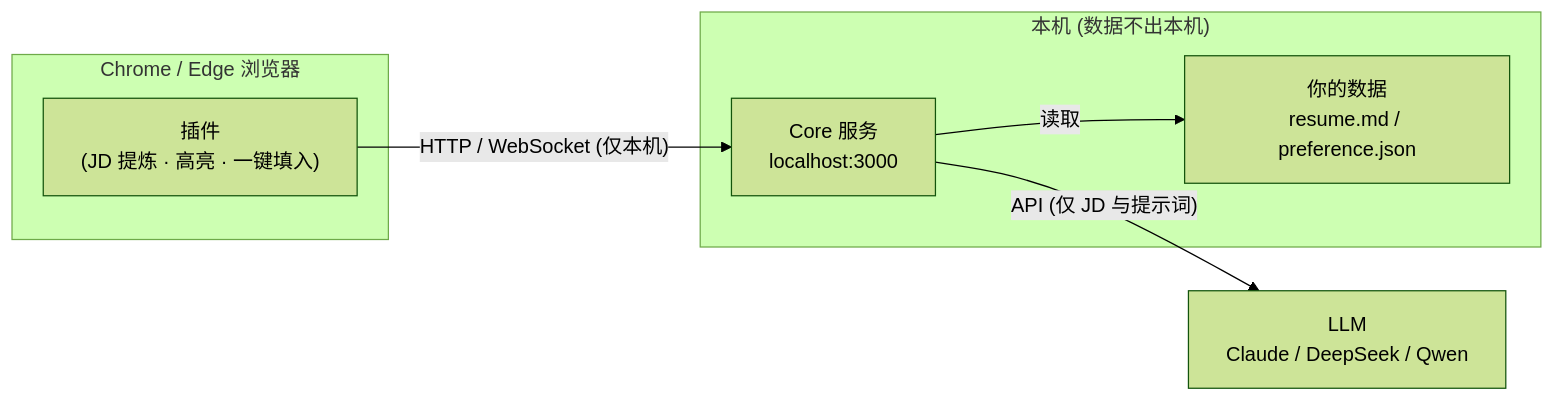
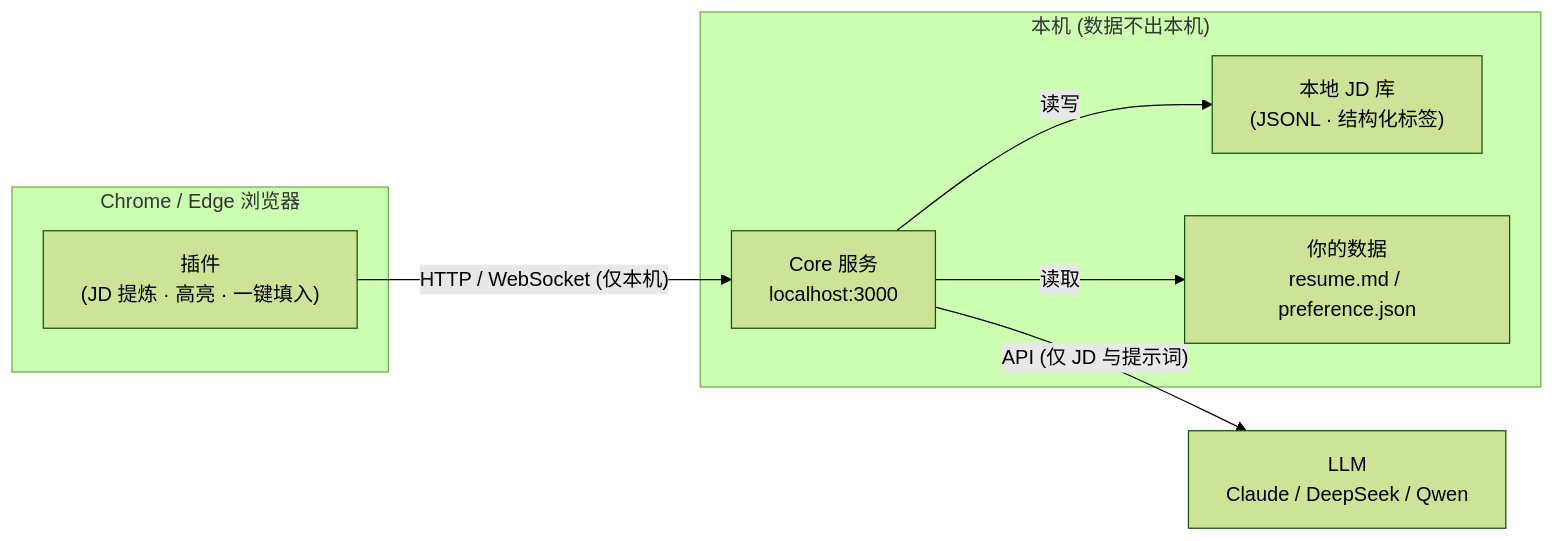
One commit to xxwj225-James/tomi-job-hunt changed the diagram in README.md. Above: the diagram before and after it, drawn with Mermaid (forest theme). The commit also changed other lines of this file and 15 other files, not shown here.

First line of the commit message:
feat: data foundation — unified JD schema, local store, LLM tagging, sanitize pipeline

````diff
--- a/README.md
+++ b/README.md
@@ -22,17 +25,19 @@
 ```mermaid
 flowchart LR
     subgraph Browser["Chrome / Edge 浏览器"]
         Ext["插件<br/>(JD 提炼 · 高亮 · 一键填入)"]
     end
 
     subgraph Local["本机 (数据不出本机)"]
         Core["Core 服务<br/>localhost:3000"]
+        Store["本地 JD 库<br/>(JSONL · 结构化标签)"]
         Data["你的数据<br/>resume.md / preference.json"]
+        Core -->|读写| Store
         Core -->|读取| Data
     end
 
     LLM["LLM<br/>Claude / DeepSeek / Qwen"]
 
     Ext -->|"HTTP / WebSocket (仅本机)"| Core
     Core -->|"API (仅 JD 与提示词)"| LLM
 ```
````
